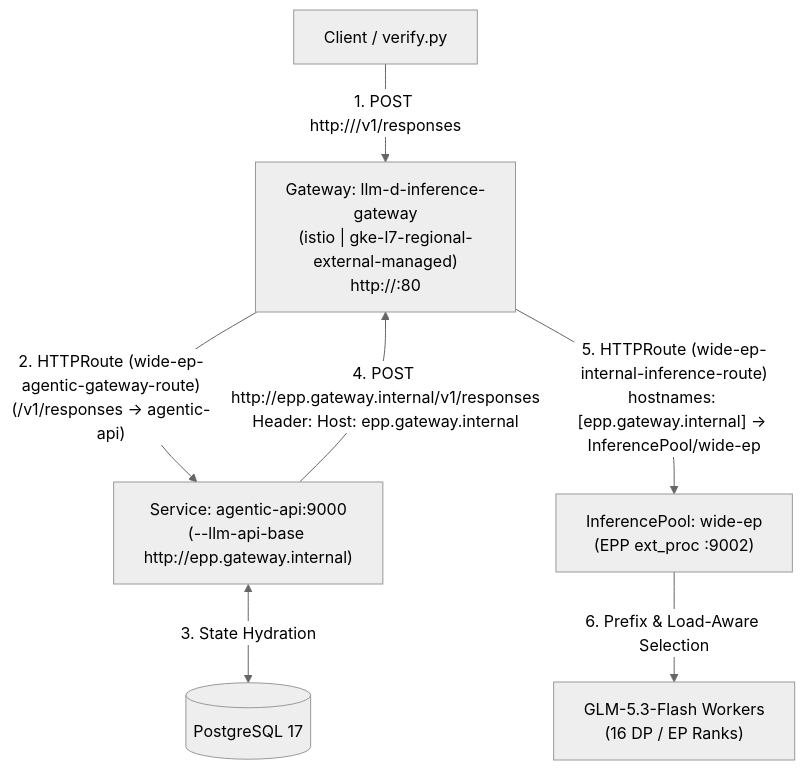
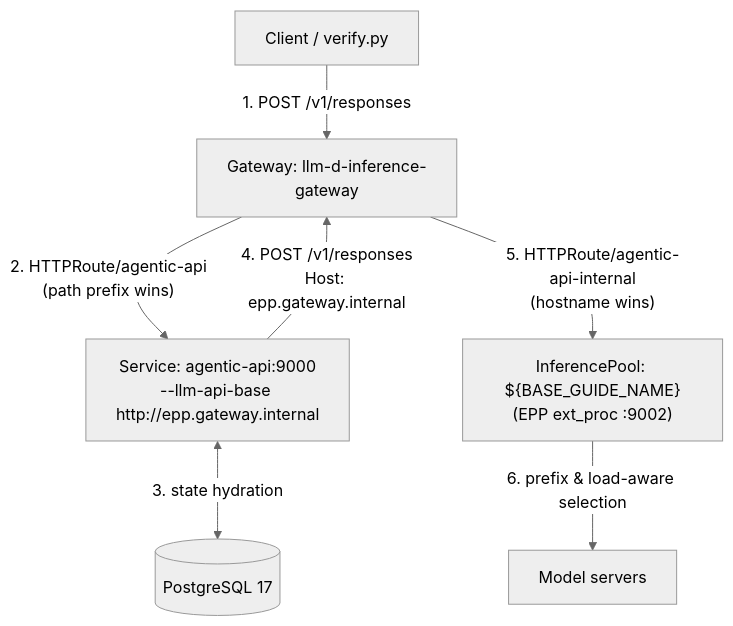
Before and after one commit to llm-d/llm-d: the second of 2 diagrams in guides/agentic-api/README.md, drawn with Mermaid (neutral theme). The commit also changed other lines of this file and 12 other files, not shown here.

````diff
--- a/guides/agentic-api/README.md
+++ b/guides/agentic-api/README.md
@@ -77,16 +196,16 @@
 ```mermaid
 flowchart TB
     C["Client / verify.py"]
-    GW["Gateway: llm-d-inference-gateway\n(istio | gke-l7-regional-external-managed)\nhttp://<GATEWAY_IP>:80"]
-    A["Service: agentic-api:9000\n(--llm-api-base http://epp.gateway.internal)"]
+    GW["Gateway: llm-d-inference-gateway"]
+    A["Service: agentic-api:9000<br>--llm-api-base http://epp.gateway.internal"]
     PG[("PostgreSQL 17")]
-    POOL["InferencePool: wide-ep\n(EPP ext_proc :9002)"]
-    V["GLM-5.3-Flash Workers\n(16 DP / EP Ranks)"]
+    POOL["InferencePool: ${BASE_GUIDE_NAME}<br>(EPP ext_proc :9002)"]
+    V["Model servers"]
 
-    C -->|"1. POST http://<GATEWAY_IP>/v1/responses"| GW
-    GW -->|"2. HTTPRoute (wide-ep-agentic-gateway-route)\n(/v1/responses -> agentic-api)"| A
-    A <-->|"3. State Hydration"| PG
-    A -->|"4. POST http://epp.gateway.internal/v1/responses\nHeader: Host: epp.gateway.internal"| GW
-    GW -->|"5. HTTPRoute (wide-ep-internal-inference-route)\nhostnames: [epp.gateway.internal] -> InferencePool/wide-ep"| POOL
-    POOL -->|"6. Prefix & Load-Aware Selection"| V
+    C -->|"1. POST /v1/responses"| GW
+    GW -->|"2. HTTPRoute/agentic-api<br>(path prefix wins)"| A
+    A <-->|"3. state hydration"| PG
+    A -->|"4. POST /v1/responses<br>Host: epp.gateway.internal"| GW
+    GW -->|"5. HTTPRoute/agentic-api-internal<br>(hostname wins)"| POOL
+    POOL -->|"6. prefix & load-aware selection"| V
 ```
````
